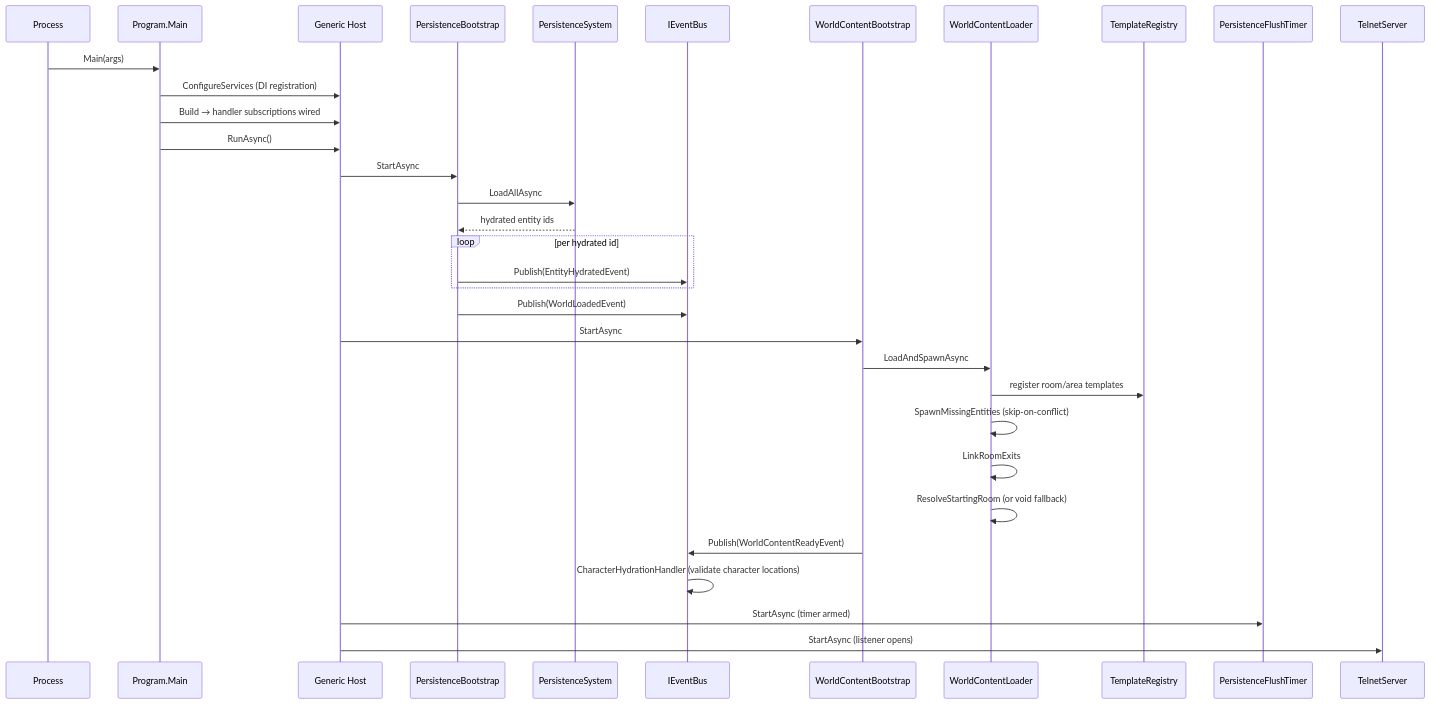
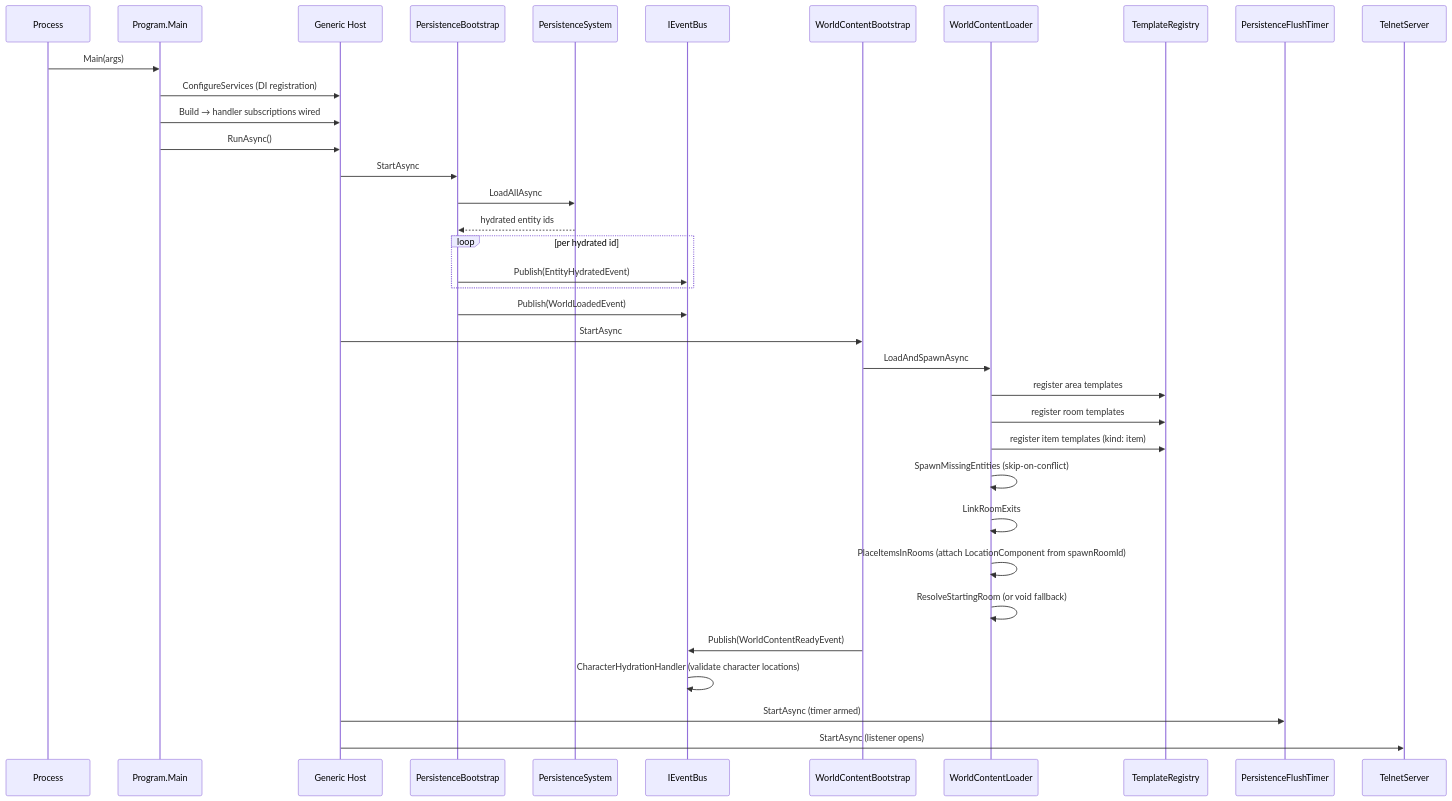
The first of 9 diagrams in docs/architecture/flows/README.md (dmbyer/Hedron), drawn with Mermaid before and after one commit. The commit also changed other lines of this file and 26 other files, not shown here.

````diff
--- a/docs/architecture/flows/README.md
+++ b/docs/architecture/flows/README.md
@@ -32,36 +33,39 @@
 ```mermaid
 sequenceDiagram
     participant Process
     participant Program as Program.Main
     participant Host as Generic Host
     participant PB as PersistenceBootstrap
     participant PSys as PersistenceSystem
     participant Bus as IEventBus
     participant WCB as WorldContentBootstrap
     participant WCL as WorldContentLoader
     participant Reg as TemplateRegistry
     participant FT as PersistenceFlushTimer
     participant TS as TelnetServer
 
     Process->>Program: Main(args)
     Program->>Host: ConfigureServices (DI registration)
     Program->>Host: Build → handler subscriptions wired
     Program->>Host: RunAsync()
     Host->>PB: StartAsync
     PB->>PSys: LoadAllAsync
     PSys-->>PB: hydrated entity ids
     loop per hydrated id
         PB->>Bus: Publish(EntityHydratedEvent)
     end
     PB->>Bus: Publish(WorldLoadedEvent)
     Host->>WCB: StartAsync
     WCB->>WCL: LoadAndSpawnAsync
-    WCL->>Reg: register room/area templates
+    WCL->>Reg: register area templates
+    WCL->>Reg: register room templates
+    WCL->>Reg: register item templates (kind: item)
     WCL->>WCL: SpawnMissingEntities (skip-on-conflict)
     WCL->>WCL: LinkRoomExits
+    WCL->>WCL: PlaceItemsInRooms (attach LocationComponent from spawnRoomId)
     WCL->>WCL: ResolveStartingRoom (or void fallback)
     WCB->>Bus: Publish(WorldContentReadyEvent)
     Bus->>Bus: CharacterHydrationHandler (validate character locations)
     Host->>FT: StartAsync (timer armed)
     Host->>TS: StartAsync (listener opens)
 ```
````
